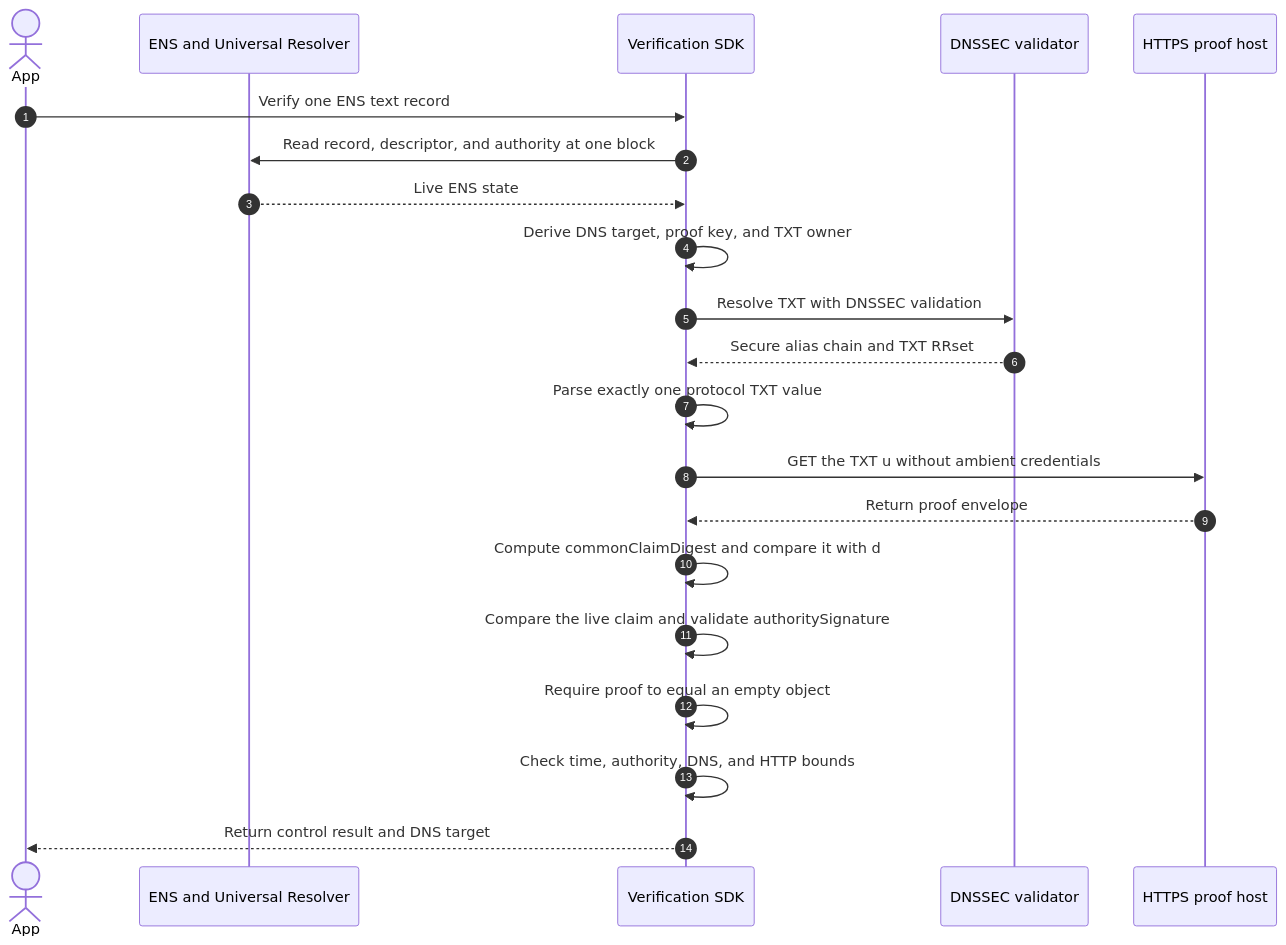
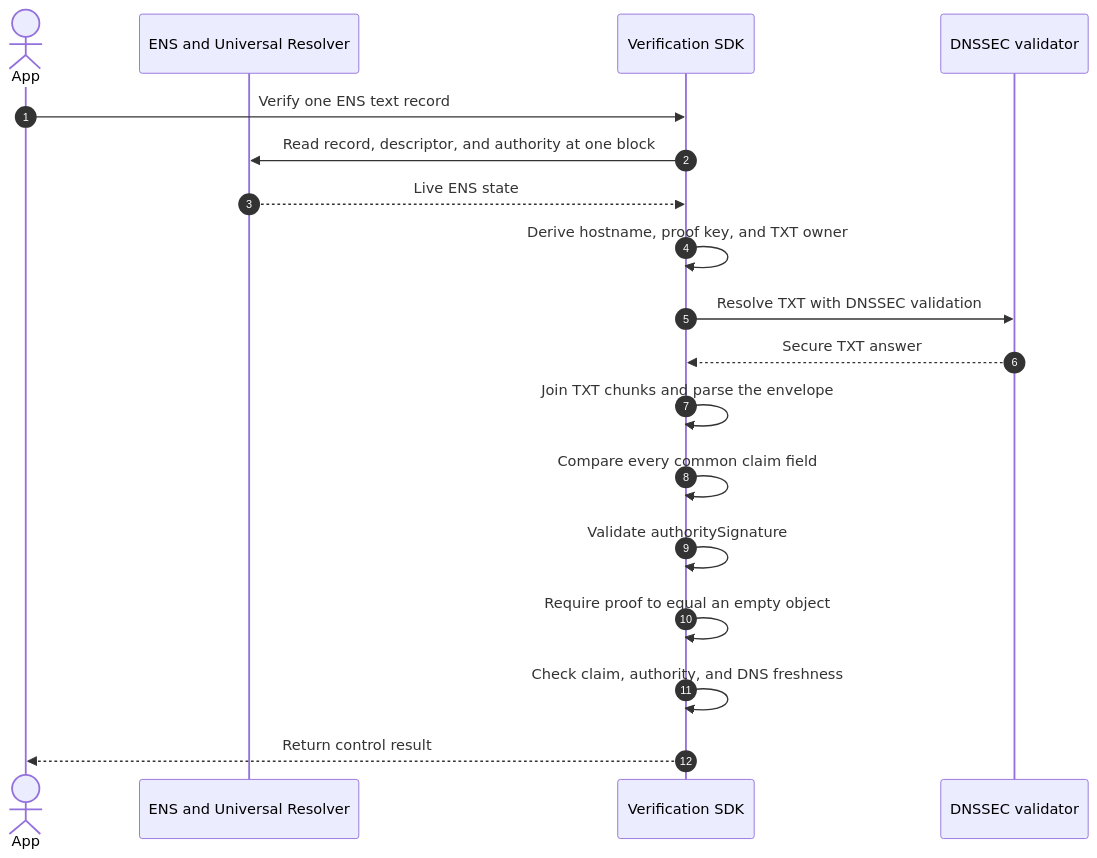
One commit to envoy1084/ensip-verification changed the second of 2 diagrams in apps/web/src/pages/docs/methods/dns-txt.mdx. Above: the diagram before and after it, drawn with Mermaid. The commit also changed other lines of this file and 2 other files, not shown here.

Commit message:
docs: simplify DNS TXT verification

````diff
--- a/apps/web/src/pages/docs/methods/dns-txt.mdx
+++ b/apps/web/src/pages/docs/methods/dns-txt.mdx
@@ -248,24 +179,21 @@
 ```mermaid
 sequenceDiagram
   autonumber
   actor App
   participant ENS as ENS and Universal Resolver
   participant SDK as Verification SDK
   participant DNS as DNSSEC validator
-  participant ProofHost as HTTPS proof host
 
   App->>SDK: Verify one ENS text record
   SDK->>ENS: Read record, descriptor, and authority at one block
   ENS-->>SDK: Live ENS state
-  SDK->>SDK: Derive DNS target, proof key, and TXT owner
+  SDK->>SDK: Derive hostname, proof key, and TXT owner
   SDK->>DNS: Resolve TXT with DNSSEC validation
-  DNS-->>SDK: Secure alias chain and TXT RRset
-  SDK->>SDK: Parse exactly one protocol TXT value
-  SDK->>ProofHost: GET the TXT u without ambient credentials
-  ProofHost-->>SDK: Return proof envelope
-  SDK->>SDK: Compute commonClaimDigest and compare it with d
-  SDK->>SDK: Compare the live claim and validate authoritySignature
+  DNS-->>SDK: Secure TXT answer
+  SDK->>SDK: Join TXT chunks and parse the envelope
+  SDK->>SDK: Compare every common claim field
+  SDK->>SDK: Validate authoritySignature
   SDK->>SDK: Require proof to equal an empty object
-  SDK->>SDK: Check time, authority, DNS, and HTTP bounds
-  SDK-->>App: Return control result and DNS target
+  SDK->>SDK: Check claim, authority, and DNS freshness
+  SDK-->>App: Return control result
 ```
````
